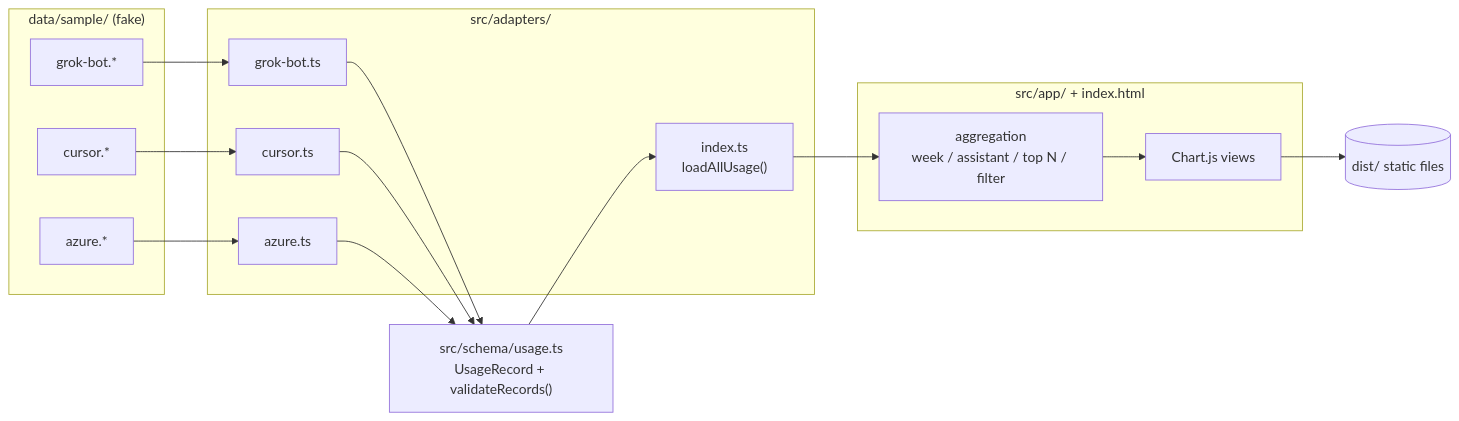
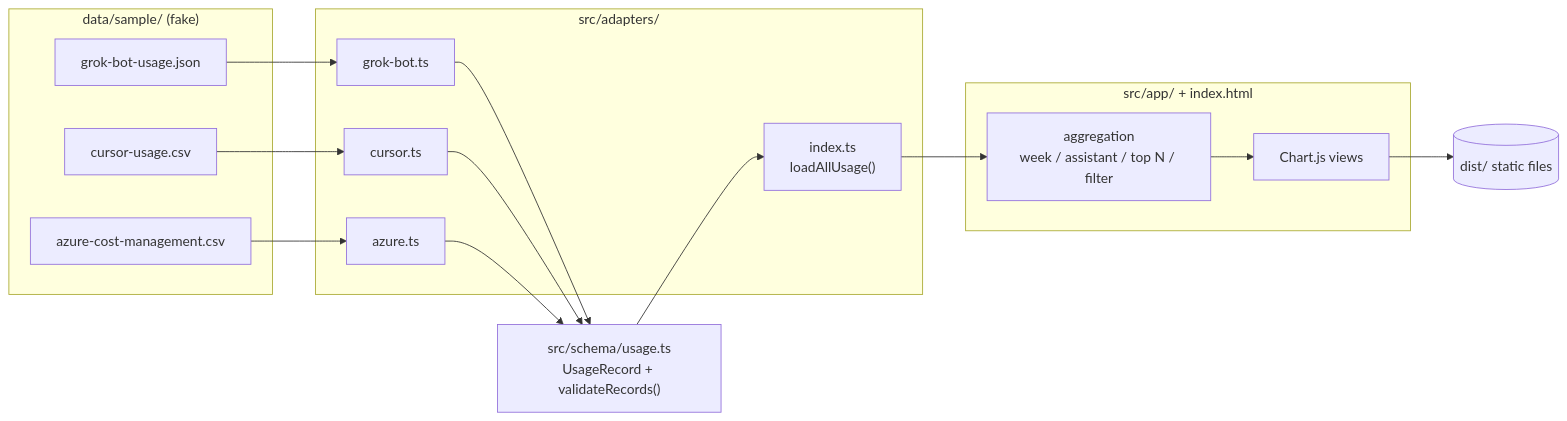
One commit to jf-scratchpad/poc-usage-dashboard changed the diagram in docs/ARCHITECTURE.md. Above: the diagram before and after it, drawn with Mermaid. The commit also changed other lines of this file and 5 other files, not shown here.

````diff
--- a/docs/ARCHITECTURE.md
+++ b/docs/ARCHITECTURE.md
@@ -5,25 +5,25 @@
 ```mermaid
 flowchart LR
   subgraph data["data/sample/ (fake)"]
-    G[grok-bot.*]
-    C[cursor.*]
-    A[azure.*]
+    G[grok-bot-usage.json]
+    C[cursor-usage.csv]
+    A[azure-cost-management.csv]
   end
   subgraph adapters["src/adapters/"]
     GA[grok-bot.ts]
     CA[cursor.ts]
     AA[azure.ts]
     IDX["index.ts<br/>loadAllUsage()"]
   end
   S["src/schema/usage.ts<br/>UsageRecord + validateRecords()"]
   subgraph app["src/app/ + index.html"]
     AGG[aggregation<br/>week / assistant / top N / filter]
     CH[Chart.js views]
   end
   G --> GA
   C --> CA
   A --> AA
   GA & CA & AA --> S
   S --> IDX --> AGG --> CH
   CH --> DIST[(dist/ static files)]
 ```
````
